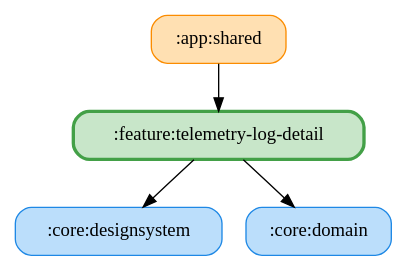
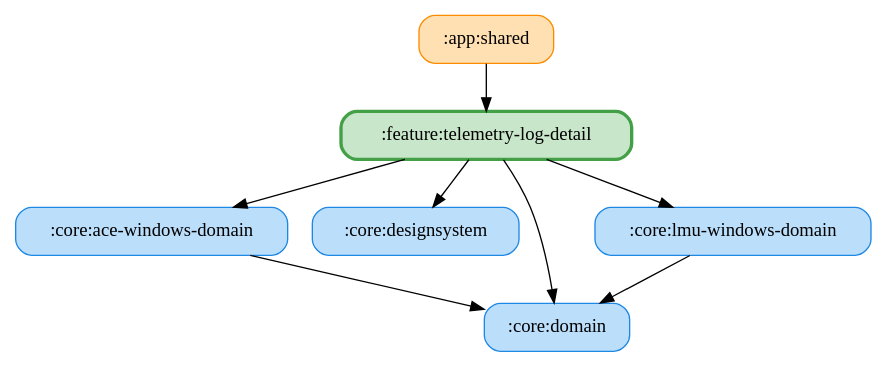
Before and after one commit to ai-kurou/KoDriver: the diagram in docs/graphs/feature-telemetry-log-detail.gv, drawn with Graphviz. The commit also changed 17 other files, not shown here.

Commit message:
chore: update module graph images

```diff
--- a/docs/graphs/feature-telemetry-log-detail.gv
+++ b/docs/graphs/feature-telemetry-log-detail.gv
@@ -1,11 +1,17 @@
 digraph G {
   rankdir=TB
   node [shape=box, style="rounded,filled"]
   ":app:shared" [fillcolor="#FFE0B2", color="#FB8C00", penwidth=1]
+  ":core:ace-windows-domain" [fillcolor="#BBDEFB", color="#1E88E5", penwidth=1]
   ":core:designsystem" [fillcolor="#BBDEFB", color="#1E88E5", penwidth=1]
   ":core:domain" [fillcolor="#BBDEFB", color="#1E88E5", penwidth=1]
+  ":core:lmu-windows-domain" [fillcolor="#BBDEFB", color="#1E88E5", penwidth=1]
   ":feature:telemetry-log-detail" [fillcolor="#C8E6C9", color="#43A047", penwidth=2.5]
   ":app:shared" -> ":feature:telemetry-log-detail"
+  ":core:ace-windows-domain" -> ":core:domain"
+  ":core:lmu-windows-domain" -> ":core:domain"
   ":feature:telemetry-log-detail" -> ":core:domain"
   ":feature:telemetry-log-detail" -> ":core:designsystem"
+  ":feature:telemetry-log-detail" -> ":core:ace-windows-domain"
+  ":feature:telemetry-log-detail" -> ":core:lmu-windows-domain"
 }
```
